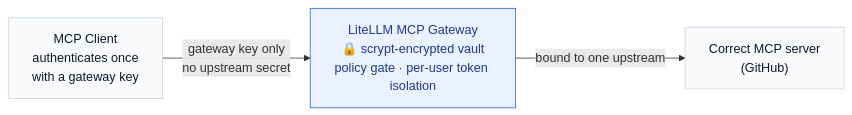
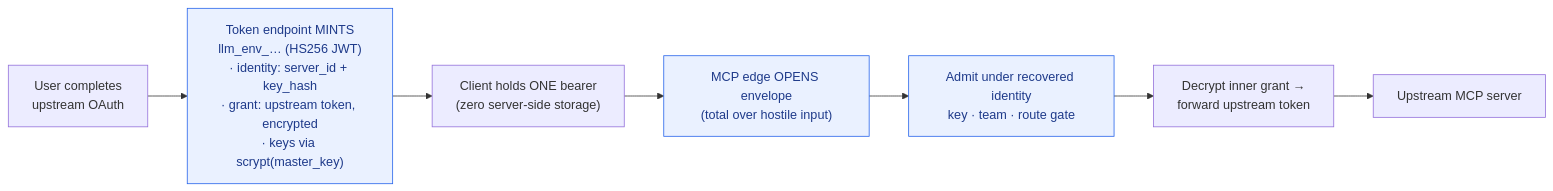
Before and after one commit to doggy8088/litellm-docs: the third of 4 diagrams in blog/two_week_stability_update/index.md, drawn with Mermaid. The commit also changed other lines of this file, not shown here.

First line of the commit message:
docs(blog): rework MCP diagram around the single typed credential resolver

````diff
--- a/blog/two_week_stability_update/index.md
+++ b/blog/two_week_stability_update/index.md
@@ -44,10 +67,11 @@
 ```mermaid
 flowchart LR
-  C["MCP Client<br/>authenticates once<br/>with a gateway key"]
-  C -->|gateway key only<br/>no upstream secret| G["LiteLLM MCP Gateway<br/>🔒 scrypt-encrypted vault<br/>policy gate · per-user token isolation"]
-  G -->|bound to one upstream| A["Correct MCP server<br/>(GitHub)"]
+  U["User completes<br/>upstream OAuth"] --> M["Token endpoint MINTS<br/>llm_env_… (HS256 JWT)<br/>· identity: server_id + key_hash<br/>· grant: upstream token, encrypted<br/>· keys via scrypt(master_key)"]
+  M --> H["Client holds ONE bearer<br/>(zero server-side storage)"]
+  H --> E["MCP edge OPENS envelope<br/>(total over hostile input)"]
+  E --> P["Admit under recovered identity<br/>key · team · route gate"]
+  P --> D["Decrypt inner grant →<br/>forward upstream token"]
+  D --> Up["Upstream MCP server"]
   classDef gw fill:#eaf1ff,stroke:#2563eb,color:#1e3a8a;
-  classDef ok fill:#f8fafc,stroke:#cbd5e1,color:#0f172a;
-  class G gw;
-  class A,C ok;
+  class M,E,P gw;
 ```
````
